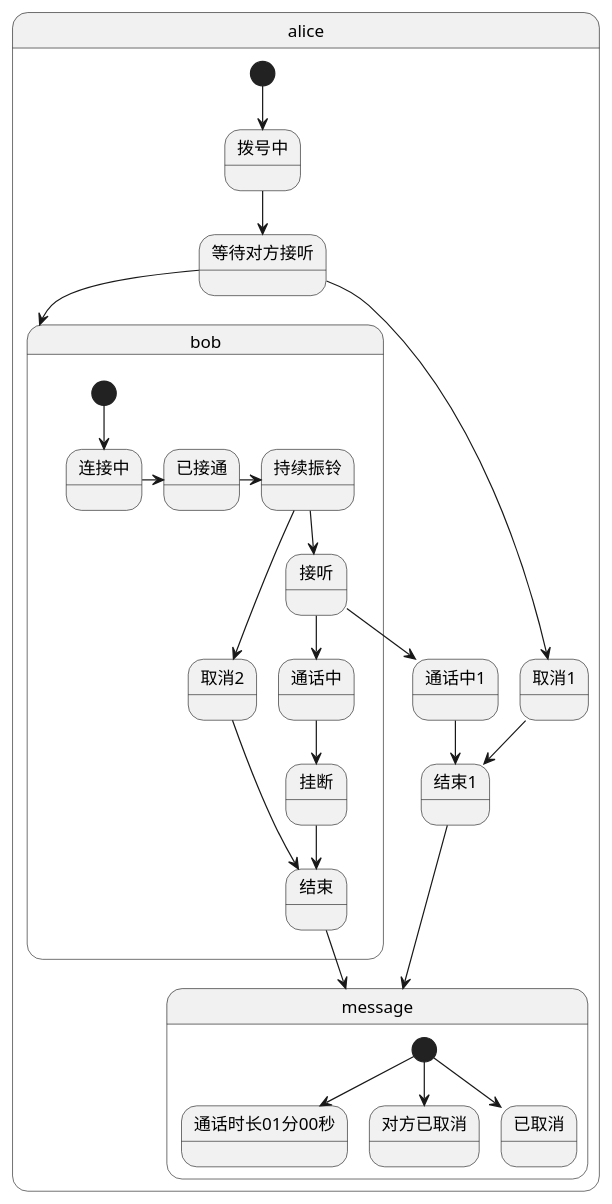
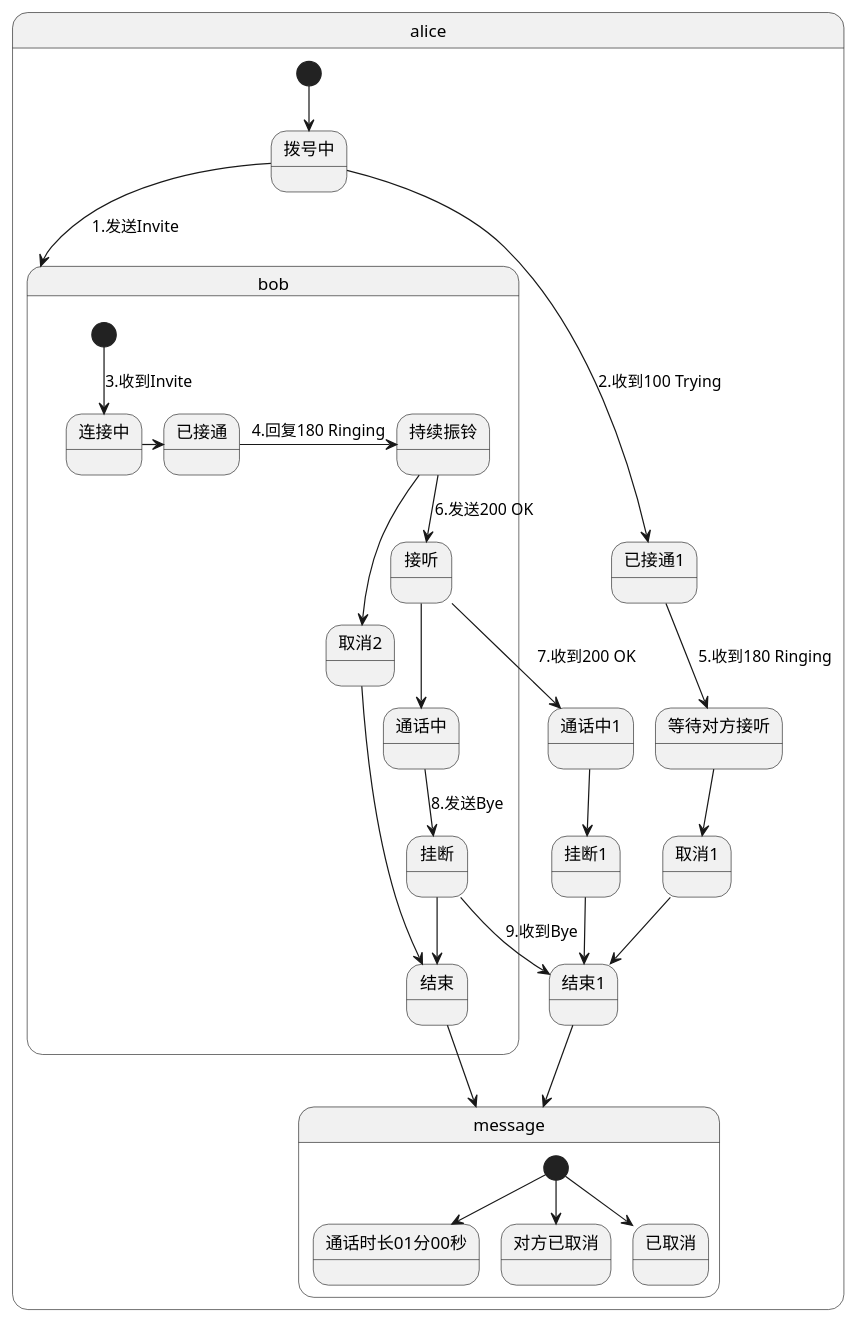
The second of 4 diagrams in server/src/api/voice_call.puml (xmcy0011/CoffeeChat), drawn with PlantUML before and after one commit. The commit also changed other lines of this file and 27 other files, not shown here.

```diff
--- a/server/src/api/voice_call.puml
+++ b/server/src/api/voice_call.puml
@@ -19,32 +19,35 @@
 @startuml
 
 state alice{
   [*] --> 拨号中
-  拨号中 --> 等待对方接听
+  拨号中 --> 已接通1: 2.收到100 Trying
+  拨号中 --> bob: 1.发送Invite
+  已接通1 --> 等待对方接听: 5.收到180 Ringing
   等待对方接听 --> 取消1
-  等待对方接听 --> bob
-  通话中1 --> 结束1
+  通话中1 --> 挂断1
+  挂断1 --> 结束1
   取消1 --> 结束1
   结束1 --> message
 }
 
 state bob{
-  [*] --> 连接中
+  [*] --> 连接中: 3.收到Invite
   连接中 -> 已接通
-  已接通 -> 持续振铃
-  持续振铃 --> 接听
+  已接通 -> 持续振铃: 4.回复180 Ringing
+  持续振铃 --> 接听: 6.发送200 OK
   持续振铃 --> 取消2
   接听 --> 通话中
-  接听 --> 通话中1
-  通话中 --> 挂断
+  接听 --> 通话中1: 7.收到200 OK
+  通话中 --> 挂断: 8.发送Bye
   挂断 --> 结束
+  挂断 --> 结束1: 9.收到Bye
   取消2 --> 结束
   结束 --> message
 }
 
 state message{
   [*] --> 通话时长01分00秒
   [*] --> 对方已取消
   [*] --> 已取消
 }
 @enduml
```
